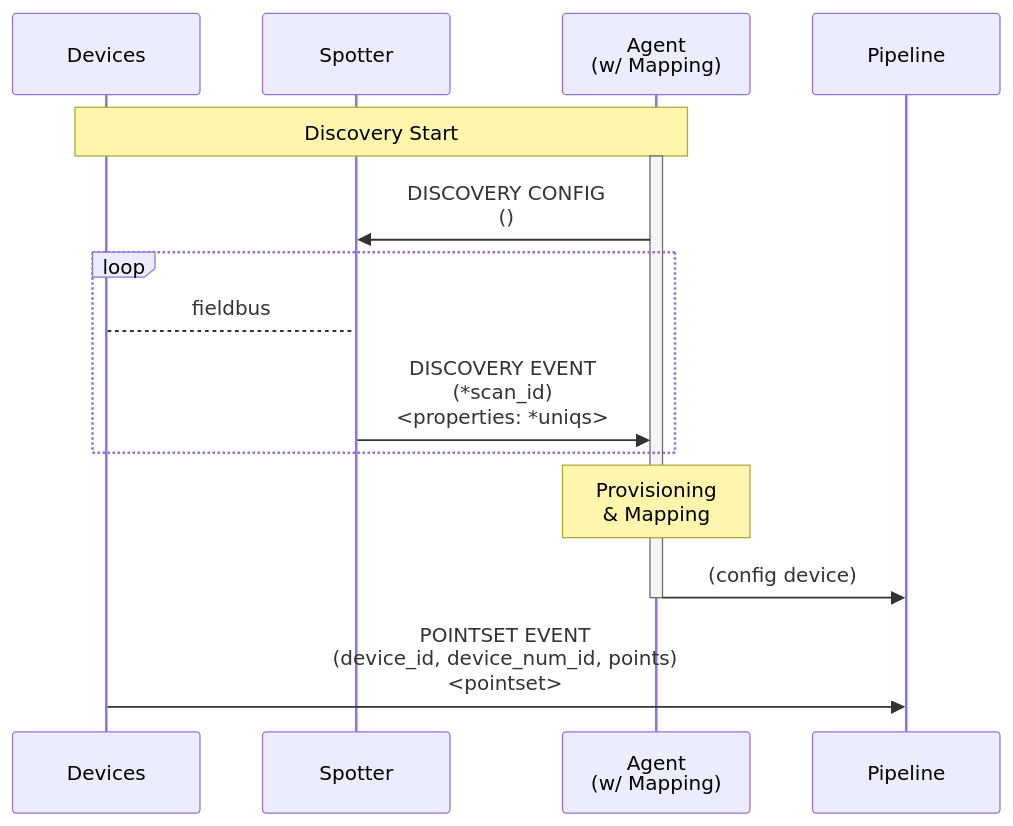
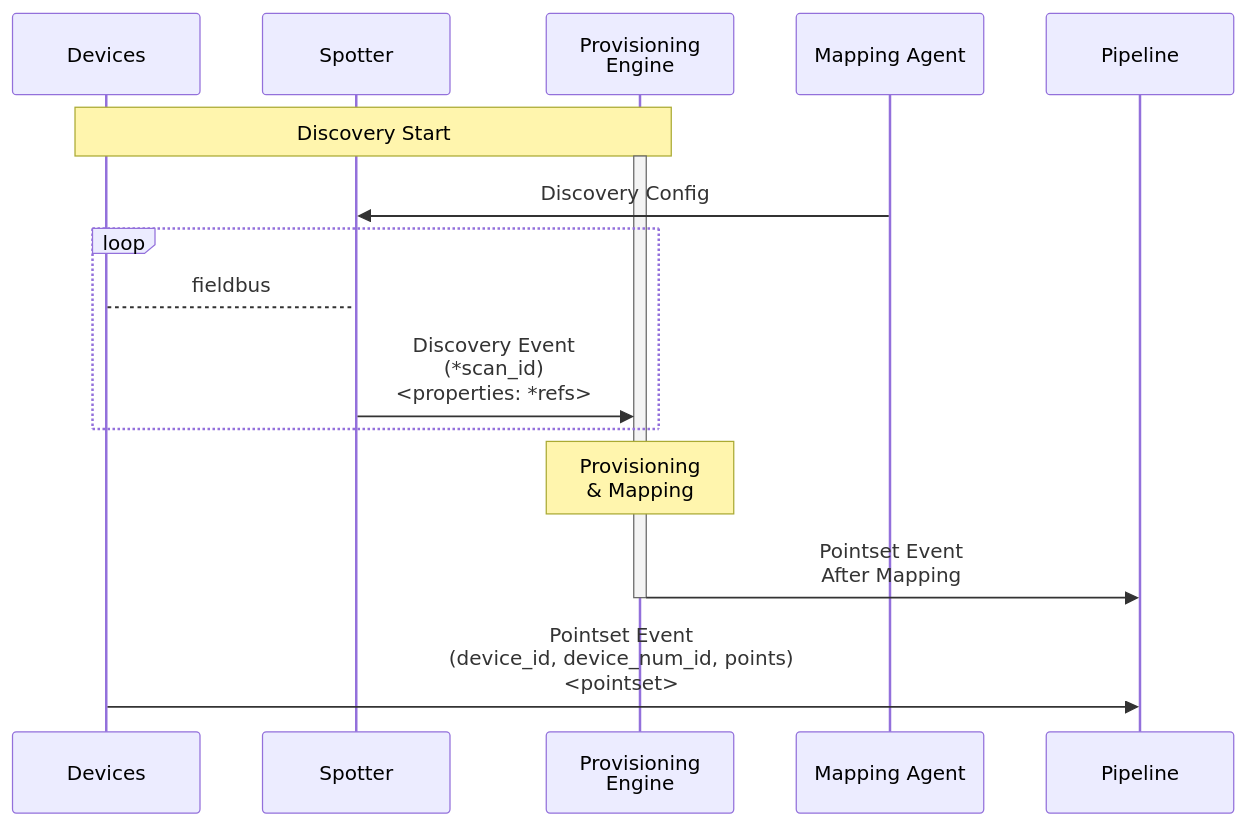
One commit to faucetsdn/udmi changed the diagram in docs/specs/discovery.md. Above: the diagram before and after it, drawn with Mermaid. The commit also changed other lines of this file and 4 other files, not shown here.

Commit message:
update discovery and mapping documentation (#1167)

````diff
--- a/docs/specs/discovery.md
+++ b/docs/specs/discovery.md
@@ -32,19 +33,20 @@
 ```mermaid
 sequenceDiagram
   %%{wrap}%%
   participant Devices
   participant Spotter
-  participant Agent as Agent<br/>(w/ Mapping)
+  participant Provisioning Engine
+  participant Mapping Agent
   participant Pipeline
-  Note over Devices, Agent: Discovery Start
-  activate Agent
-  Agent->>Spotter: DISCOVERY CONFIG<br/>()
+  Note over Devices, Provisioning Engine: Discovery Start
+  activate Provisioning Engine
+  Mapping Agent->>Spotter: Discovery Config
   loop
     Devices-->Spotter: fieldbus
-    Spotter->>Agent: DISCOVERY EVENT<br/>(*scan_id)<br/><properties: *uniqs>
+    Spotter->>Provisioning Engine: Discovery Event<br/>(*scan_id)<br/><properties: *refs>
   end
-  Note over Agent: Provisioning<br/>& Mapping
-  Agent ->> Pipeline: (config device)
-  deactivate Agent
-  Devices->>Pipeline: POINTSET EVENT<br/>(device_id, device_num_id, points)<br/><pointset>
+  Note over Provisioning Engine: Provisioning<br/>& Mapping
+  Provisioning Engine ->> Pipeline: Pointset Event<br/>After Mapping
+  deactivate Provisioning Engine
+  Devices->>Pipeline: Pointset Event<br/>(device_id, device_num_id, points)<br/><pointset>
 ```
````
